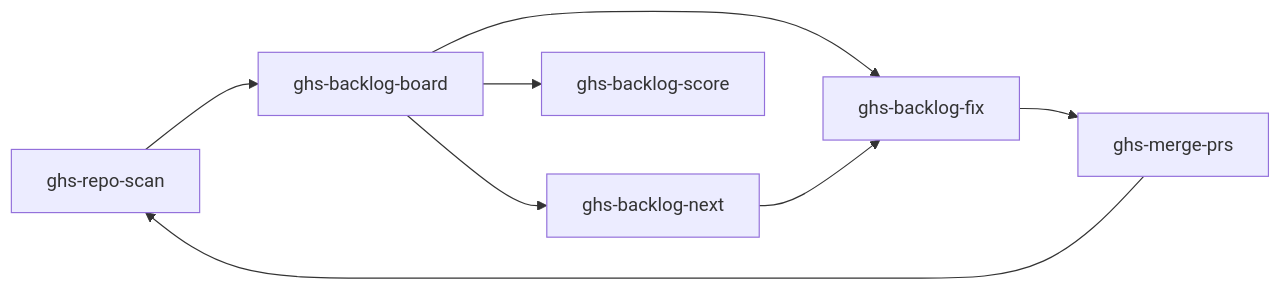
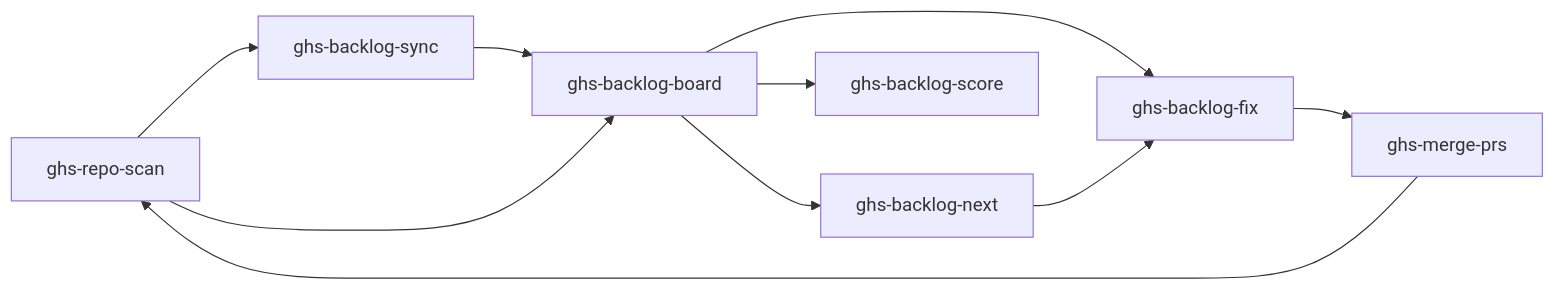
The first of 2 diagrams in docs/getting-started/concepts.md (Atypical-Consulting/GitHubSkills), drawn with Mermaid before and after one commit. The commit also changed other lines of this file and 7 other files, not shown here.

First line of the commit message:
Update documentation for ghs-backlog-sync skill

````diff
--- a/docs/getting-started/concepts.md
+++ b/docs/getting-started/concepts.md
@@ -13,10 +13,12 @@
 ```mermaid
 flowchart LR
-    A[ghs-repo-scan] --> B[ghs-backlog-board]
+    A[ghs-repo-scan] --> S[ghs-backlog-sync]
+    S --> B[ghs-backlog-board]
+    A --> B
     B --> C[ghs-backlog-fix]
     C --> D[ghs-merge-prs]
     D --> A
     B --> E[ghs-backlog-next]
     E --> C
     B --> F[ghs-backlog-score]
 ```
````
